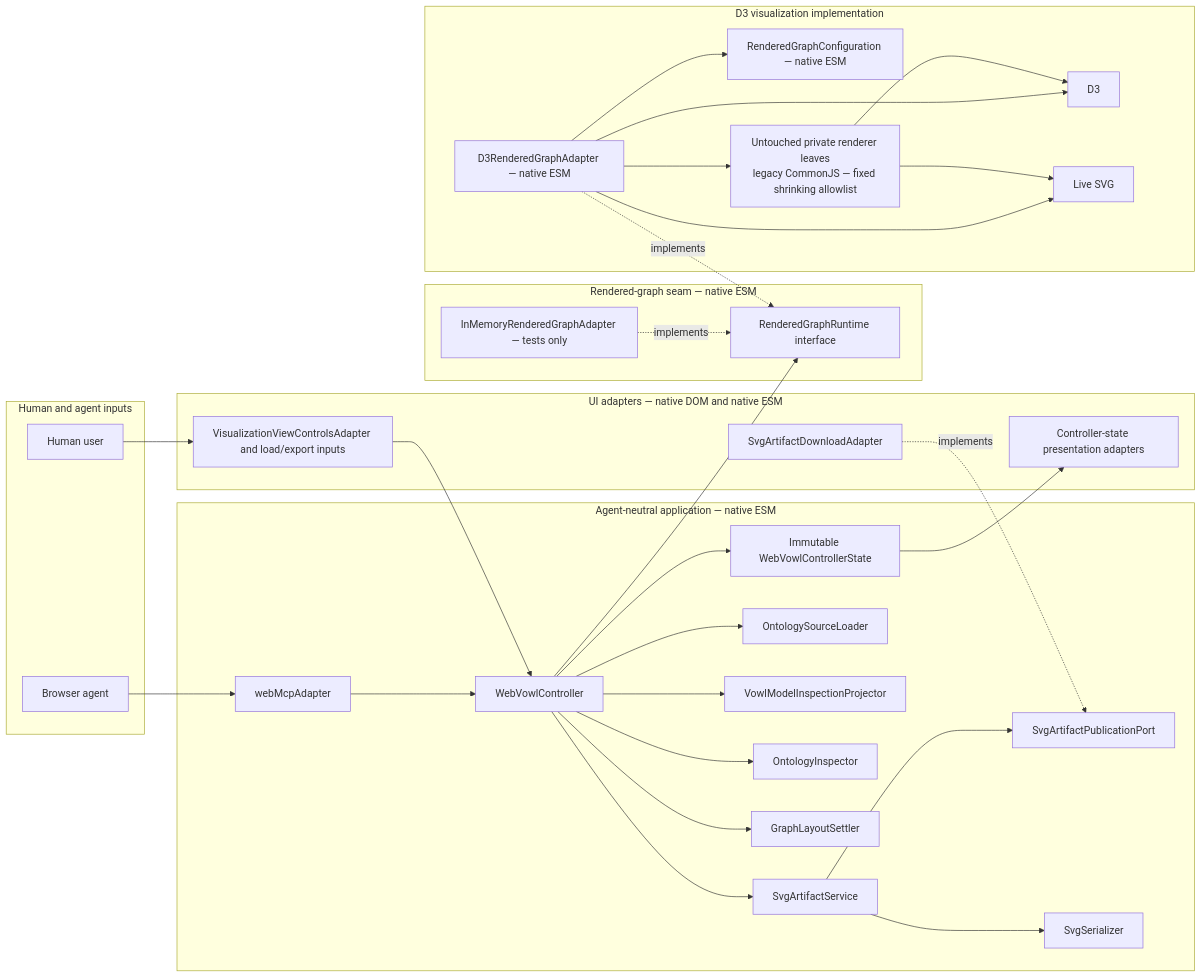
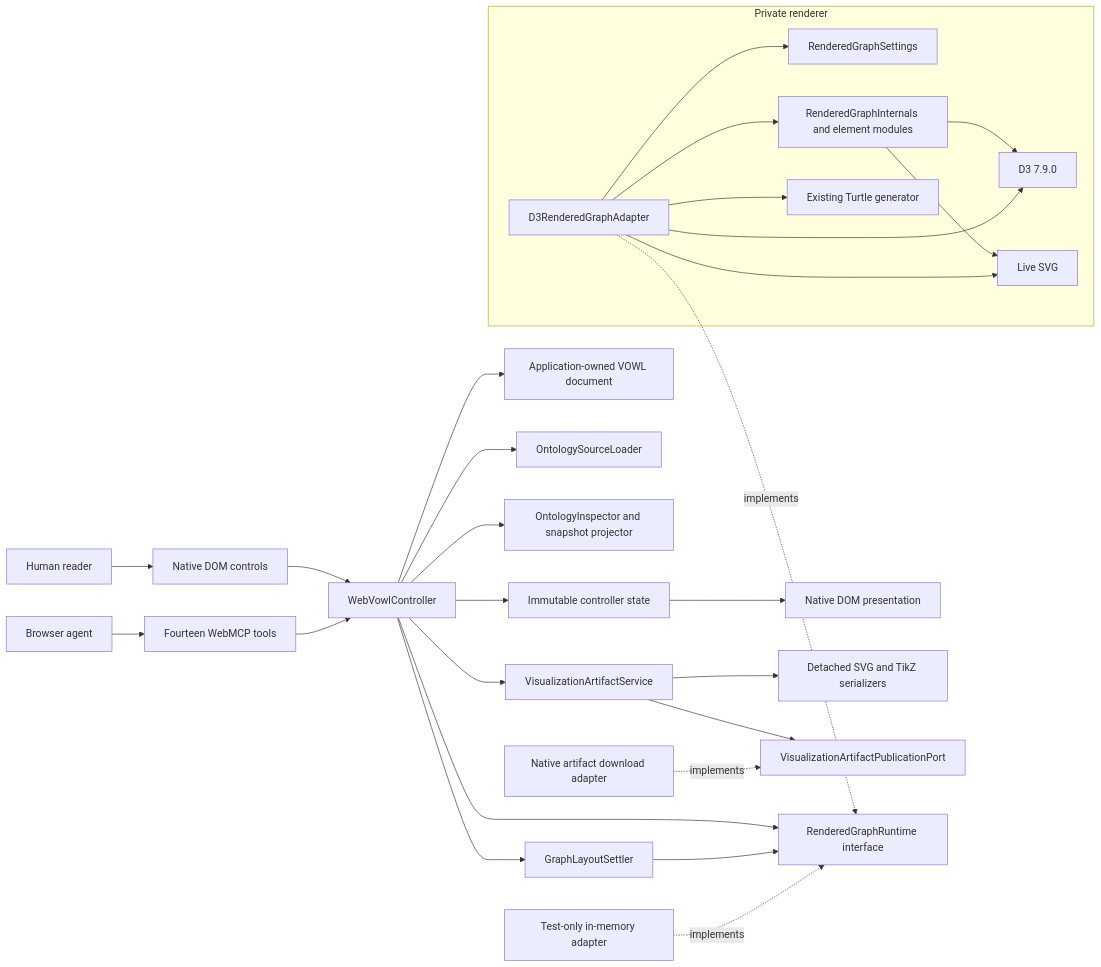
Before and after one commit to Hadden-Industries/webvowl: the diagram in docs/plans/2026-08-29-webmcp-integration.md, drawn with Mermaid. The commit also changed other lines of this file and 75 other files, not shown here.

````diff
--- a/docs/plans/2026-08-29-webmcp-integration.md
+++ b/docs/plans/2026-08-29-webmcp-integration.md
@@ -257,63 +289,36 @@
 ```mermaid
 flowchart LR
-    subgraph Inputs[Human and agent inputs]
-        Human[Human user]
-        BrowserAgent[Browser agent]
+    Human[Human reader] --> UI[Native DOM controls]
+    Agent[Browser agent] --> WebMCP[Fourteen WebMCP tools]
+    UI --> Controller[WebVowlController]
+    WebMCP --> Controller
+    Controller --> Document[Application-owned VOWL document]
+    Controller --> Loader[OntologySourceLoader]
+    Controller --> Inspector[OntologyInspector and snapshot projector]
+    Controller --> State[Immutable controller state]
+    State --> Presentation[Native DOM presentation]
+    Controller --> Settler[GraphLayoutSettler]
+    Controller --> Artifacts[VisualizationArtifactService]
+    Artifacts --> Serializers[Detached SVG and TikZ serializers]
+    Artifacts --> Publication[VisualizationArtifactPublicationPort]
+    Download[Native artifact download adapter] -. implements .-> Publication
+    Controller --> Runtime[RenderedGraphRuntime interface]
+    Settler --> Runtime
+    InMemory[Test-only in-memory adapter] -. implements .-> Runtime
+    subgraph PrivateRenderer[Private renderer]
+        Adapter[D3RenderedGraphAdapter]
+        Settings[RenderedGraphSettings]
+        Internals[RenderedGraphInternals and element modules]
+        Turtle[Existing Turtle generator]
+        D3[D3 7.9.0]
+        SVG[Live SVG]
+        Adapter --> Settings
+        Adapter --> Internals
+        Adapter --> Turtle
+        Internals --> D3
+        Internals --> SVG
+        Adapter --> D3
+        Adapter --> SVG
     end
-
-    subgraph Ui[UI adapters — native DOM and native ESM]
-        UiInput[VisualizationViewControlsAdapter and load/export inputs]
-        UiPresentation[Controller-state presentation adapters]
-        SvgDownload[SvgArtifactDownloadAdapter]
-    end
-
-    subgraph App[Agent-neutral application — native ESM]
-        WebMcp[webMcpAdapter]
-        Controller[WebVowlController]
-        State[Immutable WebVowlControllerState]
-        Loader[OntologySourceLoader]
-        Projector[VowlModelInspectionProjector]
-        Inspector[OntologyInspector]
-        Settler[GraphLayoutSettler]
-        Artifact[SvgArtifactService]
-        ArtifactPublication[SvgArtifactPublicationPort]
-        Serializer[SvgSerializer]
-    end
-
-    subgraph Seam[Rendered-graph seam — native ESM]
-        Runtime[RenderedGraphRuntime interface]
-        InMemory[InMemoryRenderedGraphAdapter — tests only]
-    end
-
-    subgraph D3Implementation[D3 visualization implementation]
-        D3Adapter[D3RenderedGraphAdapter — native ESM]
-        Configuration[RenderedGraphConfiguration — native ESM]
-        LegacyCjs[Untouched private renderer leaves<br/>legacy CommonJS — fixed shrinking allowlist]
-        D3[D3]
-        LiveSvg[Live SVG]
-    end
-
-    Human --> UiInput
-    BrowserAgent --> WebMcp
-    UiInput --> Controller
-    WebMcp --> Controller
-    Controller --> Loader
-    Controller --> Projector
-    Controller --> Inspector
-    Controller --> Settler
-    Controller --> Artifact
-    Artifact --> Serializer
-    Artifact --> ArtifactPublication
-    Controller --> Runtime
-    Controller --> State
-    State --> UiPresentation
-    D3Adapter -.->|implements| Runtime
-    InMemory -.->|implements| Runtime
-    SvgDownload -.->|implements| ArtifactPublication
-    D3Adapter --> Configuration
-    D3Adapter --> LegacyCjs
-    D3Adapter --> D3
-    D3Adapter --> LiveSvg
-    LegacyCjs --> D3
-    LegacyCjs --> LiveSvg
+    Adapter -. implements .-> Runtime
 ```
````
